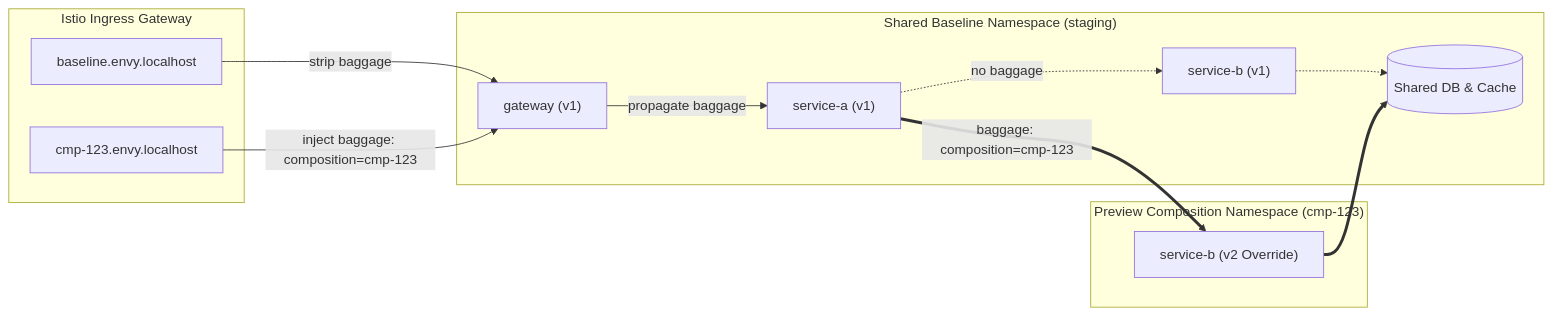
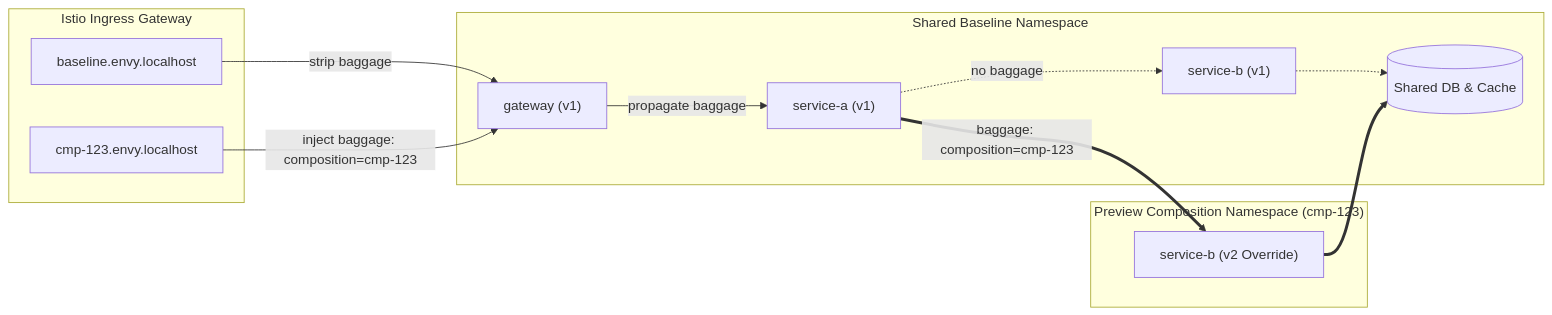
One commit to dblooman/envy changed the diagram in README.md. Above: the diagram before and after it, drawn with Mermaid. The commit also changed other lines of this file and 31 other files, not shown here.

````diff
--- a/README.md
+++ b/README.md
@@ -52,28 +52,28 @@
 ```mermaid
 flowchart LR
     subgraph Ingress ["Istio Ingress Gateway"]
         BaselineURL["baseline.envy.localhost"]
         PreviewURL["cmp-123.envy.localhost"]
     end
 
-    subgraph Baseline ["Shared Baseline Namespace (staging)"]
+    subgraph Baseline ["Shared Baseline Namespace"]
         GW["gateway (v1)"]
         SA["service-a (v1)"]
         SB1["service-b (v1)"]
         DB[("Shared DB & Cache")]
     end
 
     subgraph Composition ["Preview Composition Namespace (cmp-123)"]
         SB2["service-b (v2 Override)"]
     end
 
     BaselineURL -->|strip baggage| GW
     PreviewURL -->|inject baggage: composition=cmp-123| GW
     
     GW -->|propagate baggage| SA
     SA -.->|no baggage| SB1
     SA ==>|baggage: composition=cmp-123| SB2
     
     SB1 -.-> DB
     SB2 ==> DB
 ```
````
